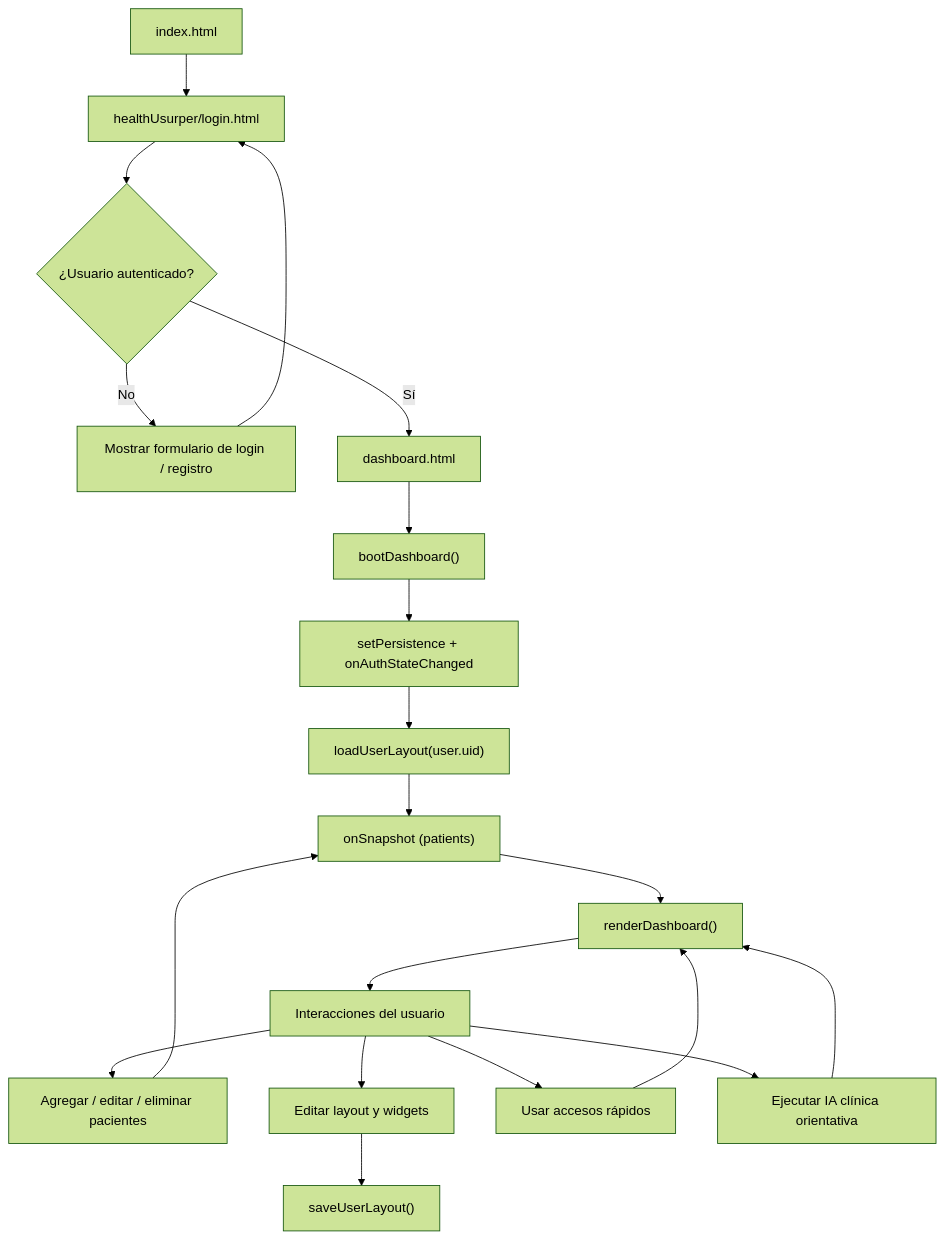
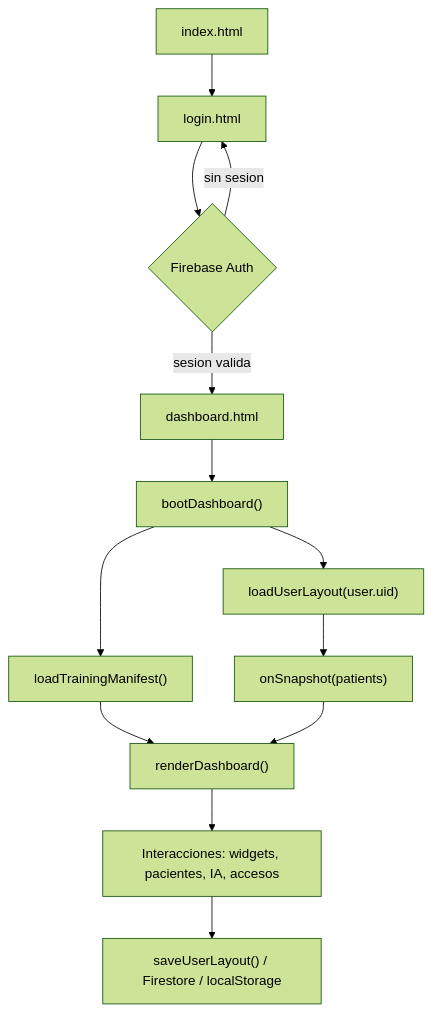
The first of 2 diagrams in detalles.md (DavidEBM/TestTesis), drawn with Mermaid (forest theme) before and after one commit. The commit also changed other lines of this file and 7 other files, not shown here.

Commit message:
Actualizacion general para mejoras visuales y de accion del usuario. Actualizacion de Licencia y uso del software

````diff
--- a/detalles.md
+++ b/detalles.md
@@ -522,29 +428,15 @@
 ```mermaid
 flowchart TD
-    A["index.html"] --> B["healthUsurper/login.html"]
-    
-    B --> C{"¿Usuario autenticado?"}
-    
-    C -- "No" --> D["Mostrar formulario de login / registro"]
-    D --> B
-    
-    C -- "Sí" --> E["dashboard.html"]
-    
-    E --> F["bootDashboard()"]
-    F --> G["setPersistence + onAuthStateChanged"]
-    G --> H["loadUserLayout(user.uid)"]
-    H --> I["onSnapshot (patients)"]
-    I --> J["renderDashboard()"]
-    
-    J --> K["Interacciones del usuario"]
-    
-    K --> L["Agregar / editar / eliminar pacientes"]
-    K --> M["Editar layout y widgets"]
-    K --> N["Usar accesos rápidos"]
-    K --> O["Ejecutar IA clínica orientativa"]
-    
-    L --> I
-    M --> P["saveUserLayout()"]
-    N --> J
-    O --> J
+    A["index.html"] --> B["login.html"]
+    B --> C{"Firebase Auth"}
+    C -- "sin sesion" --> B
+    C -- "sesion valida" --> D["dashboard.html"]
+    D --> E["bootDashboard()"]
+    E --> F["loadUserLayout(user.uid)"]
+    E --> G["loadTrainingManifest()"]
+    F --> H["onSnapshot(patients)"]
+    G --> I["renderDashboard()"]
+    H --> I
+    I --> J["Interacciones: widgets, pacientes, IA, accesos"]
+    J --> K["saveUserLayout() / Firestore / localStorage"]
 ```
````
